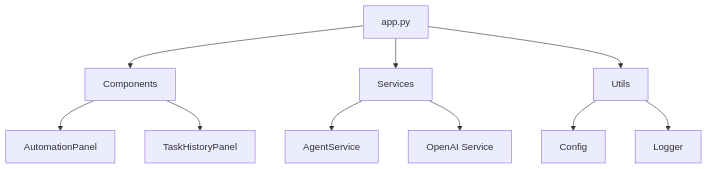
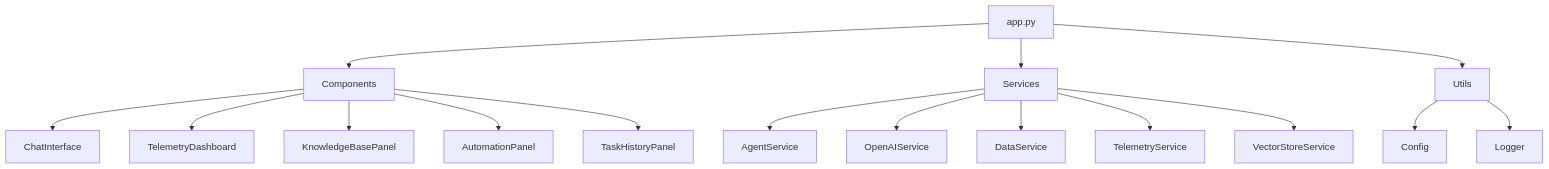
Before and after one commit to bytebrain1001/bytebrainsAI: the diagram in ipe_agent/docs/system_architecture.md, drawn with Mermaid. The commit also changed other lines of this file and 4 other files, not shown here.

````diff
--- a/ipe_agent/docs/system_architecture.md
+++ b/ipe_agent/docs/system_architecture.md
@@ -46,12 +53,18 @@
 ```mermaid
 graph TD
     A[app.py] --> B[Components]
     A --> C[Services]
     A --> D[Utils]
-    B --> E[AutomationPanel]
-    B --> F[TaskHistoryPanel]
-    C --> G[AgentService]
-    C --> H[OpenAI Service]
-    D --> I[Config]
-    D --> J[Logger]
+    B --> E[ChatInterface]
+    B --> F[TelemetryDashboard]
+    B --> G[KnowledgeBasePanel]
+    B --> H[AutomationPanel]
+    B --> I[TaskHistoryPanel]
+    C --> J[AgentService]
+    C --> K[OpenAIService]
+    C --> L[DataService]
+    C --> M[TelemetryService]
+    C --> N[VectorStoreService]
+    D --> O[Config]
+    D --> P[Logger]
 ```
````
